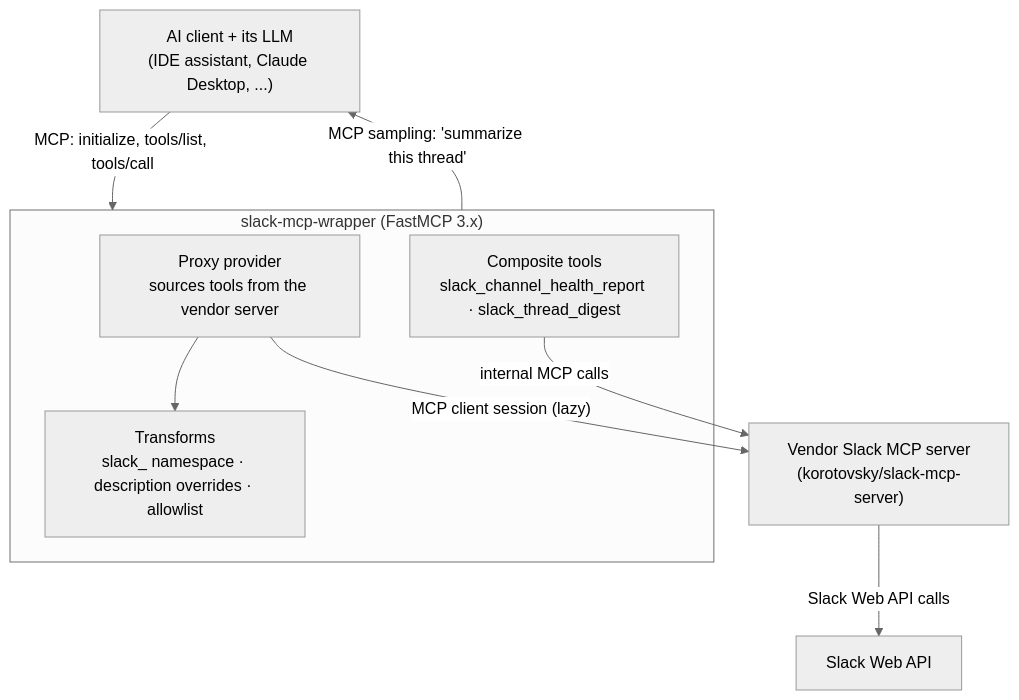
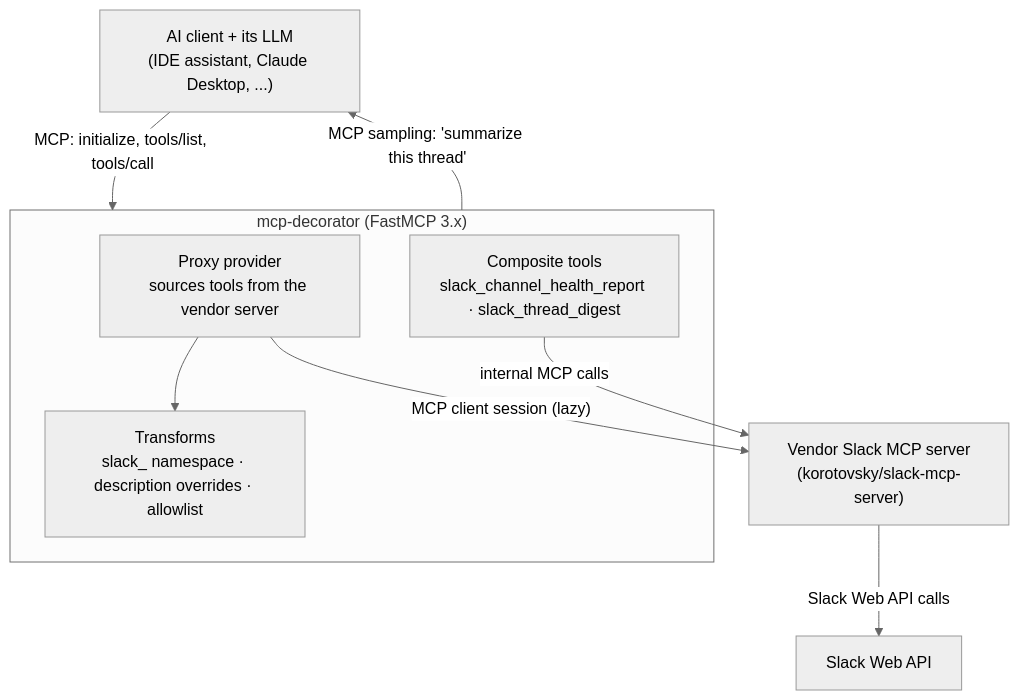
One commit to esannihith/mcp-decorator changed the diagram in README.md. Above: the diagram before and after it, drawn with Mermaid (neutral theme). The commit also changed other lines of this file and 3 other files, not shown here.

First line of the commit message:
feat: rename demo tool, add CI, and adopt mcp-decorator naming

````diff
--- a/README.md
+++ b/README.md
@@ -64,19 +64,19 @@
 ```mermaid
 flowchart TB
     Client["AI client + its LLM<br/>(IDE assistant, Claude Desktop, ...)"]
     Vendor["Vendor Slack MCP server<br/>(korotovsky/slack-mcp-server)"]
     SlackAPI["Slack Web API"]
 
-    subgraph Wrapper["slack-mcp-wrapper (FastMCP 3.x)"]
+    subgraph Wrapper["mcp-decorator (FastMCP 3.x)"]
         Proxy["Proxy provider<br/>sources tools from the vendor server"]
         Transforms["Transforms<br/>slack_ namespace · description overrides · allowlist"]
         Local["Composite tools<br/>slack_channel_health_report · slack_thread_digest"]
     end
 
     Client -- "MCP: initialize, tools/list, tools/call" --> Wrapper
     Wrapper -- "MCP sampling: 'summarize this thread'" --> Client
     Proxy --> Transforms
     Proxy -- "MCP client session (lazy)" --> Vendor
     Local -- "internal MCP calls" --> Vendor
     Vendor -- "Slack Web API calls" --> SlackAPI
 ```
````
